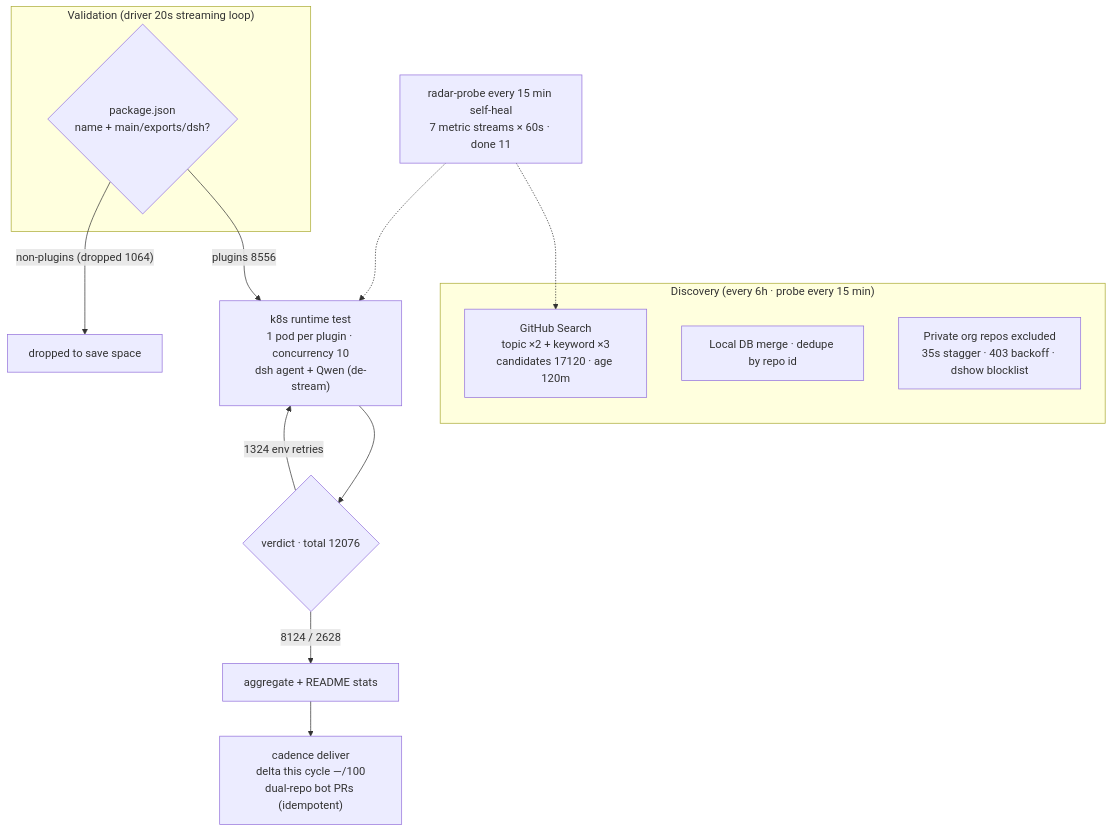
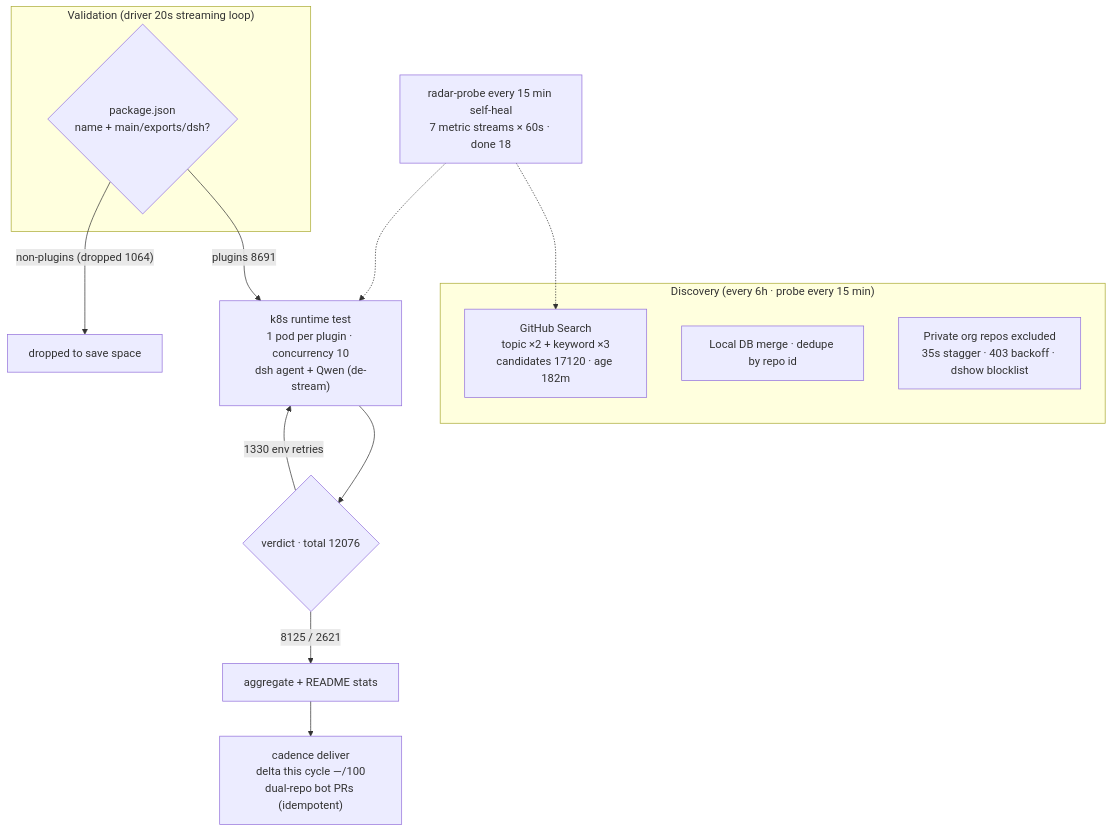
Before and after one commit to AdamPlatin123/awesome-dsh-plugins: the diagram in README.en-US.md, drawn with Mermaid. The commit also changed other lines of this file and 5 other files, not shown here.

````diff
--- a/README.en-US.md
+++ b/README.en-US.md
@@ -45,20 +45,20 @@
 ```mermaid
 flowchart TB
     subgraph Discovery["Discovery (every 6h · probe every 15 min)"]
-        A1["GitHub Search<br/>topic ×2 + keyword ×3<br/>candidates 17120 · age 120m"]
+        A1["GitHub Search<br/>topic ×2 + keyword ×3<br/>candidates 17120 · age 182m"]
         A2["Local DB merge · dedupe by repo id"]
         A3["Private org repos excluded<br/>35s stagger · 403 backoff · dshow blocklist"]
     end
     subgraph Validation["Validation (driver 20s streaming loop)"]
         B1{"package.json<br/>name + main/exports/dsh?"}
     end
-    B1 -->|"plugins 8556"| C1["k8s runtime test<br/>1 pod per plugin · concurrency 10<br/>dsh agent + Qwen (de-stream)"]
+    B1 -->|"plugins 8691"| C1["k8s runtime test<br/>1 pod per plugin · concurrency 10<br/>dsh agent + Qwen (de-stream)"]
     B1 -->|"non-plugins (dropped 1064)"| B3["dropped to save space"]
     C1 --> D1{"verdict · total 12076"}
-    D1 -->|"8124 / 2628"| E1["aggregate + README stats"]
-    D1 -->|"1324 env retries"| C1
+    D1 -->|"8125 / 2621"| E1["aggregate + README stats"]
+    D1 -->|"1330 env retries"| C1
     E1 --> E2["cadence deliver<br/>delta this cycle —/100<br/>dual-repo bot PRs (idempotent)"]
-    M["radar-probe every 15 min self-heal<br/>7 metric streams × 60s · done 11"]
+    M["radar-probe every 15 min self-heal<br/>7 metric streams × 60s · done 18"]
     M -.-> A1
     M -.-> C1
 ```
````
